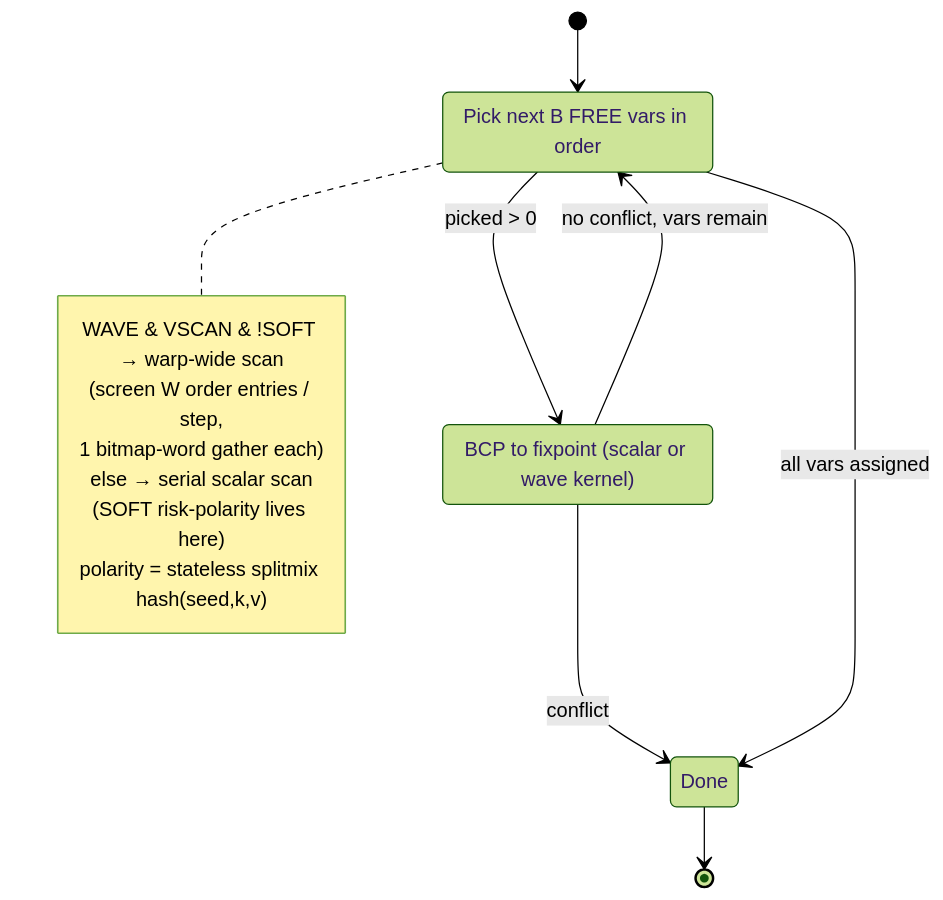
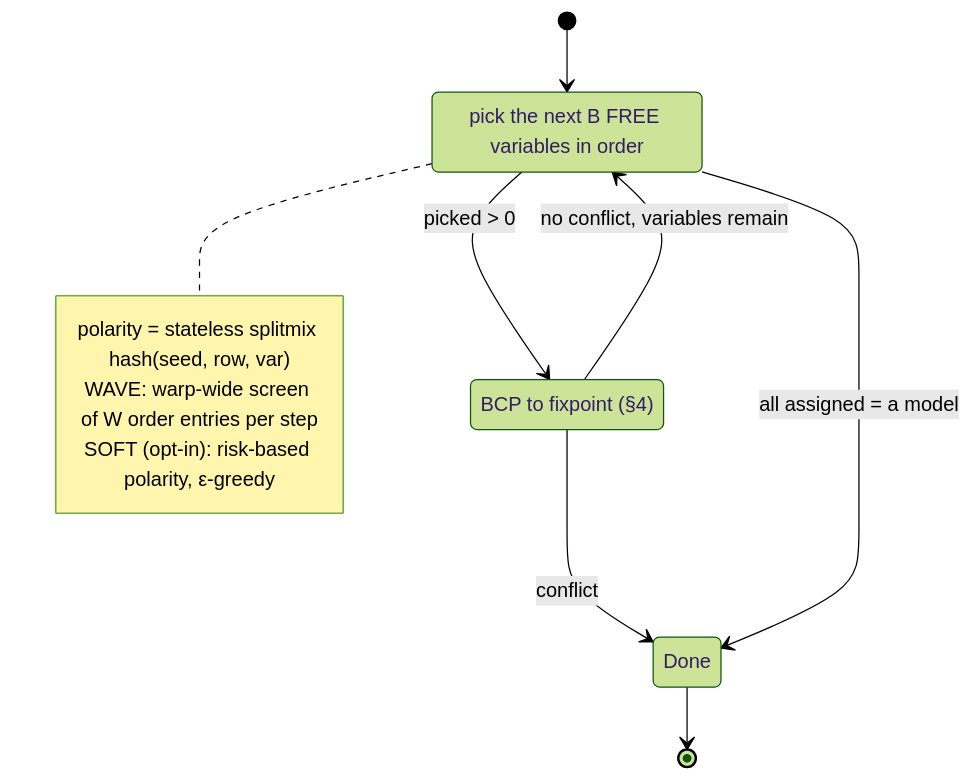
The third of 3 diagrams in docs/ENGINE.md (yogevshalmon/gpap), drawn with Mermaid (forest theme) before and after one commit. The commit also changed other lines of this file and 18 other files, not shown here.

````diff
--- a/docs/ENGINE.md
+++ b/docs/ENGINE.md
@@ -160,19 +167,16 @@
 ```mermaid
 stateDiagram-v2
-    [*] --> PickGroup
-    PickGroup: Pick next B FREE vars in order
-    note right of PickGroup
-      WAVE & VSCAN & !SOFT → warp-wide scan
-        (screen W order entries / step,
-         1 bitmap-word gather each)
-      else → serial scalar scan
-        (SOFT risk-polarity lives here)
-      polarity = stateless splitmix hash(seed,k,v)
+    [*] --> Pick
+    Pick: pick the next B FREE variables in order
+    note right of Pick
+      polarity = stateless splitmix hash(seed, row, var)
+      WAVE: warp-wide screen of W order entries per step
+      SOFT (opt-in): risk-based polarity, ε-greedy
     end note
-    PickGroup --> Propagate: picked > 0
-    Propagate: BCP to fixpoint (scalar or wave kernel)
-    Propagate --> PickGroup: no conflict, vars remain
+    Pick --> Propagate: picked > 0
+    Propagate: BCP to fixpoint (§4)
+    Propagate --> Pick: no conflict, variables remain
     Propagate --> Done: conflict
-    PickGroup --> Done: all vars assigned
+    Pick --> Done: all assigned = a model
     Done --> [*]
 ```
````
